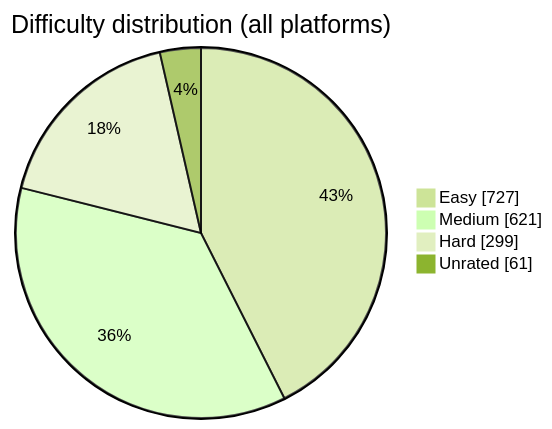
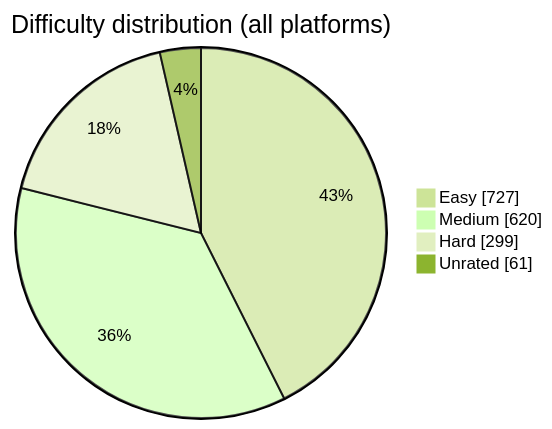
The diagram in README.md (BuildbyArindam/Daily-Coding-Log), drawn with Mermaid (forest theme) before and after one commit. The commit also changed other lines of this file, not shown here.

````diff
--- a/README.md
+++ b/README.md
@@ -93,7 +93,7 @@
 ```mermaid
 pie showData title Difficulty distribution (all platforms)
     "Easy" : 727
-    "Medium" : 621
+    "Medium" : 620
     "Hard" : 299
     "Unrated" : 61
 ```
````
